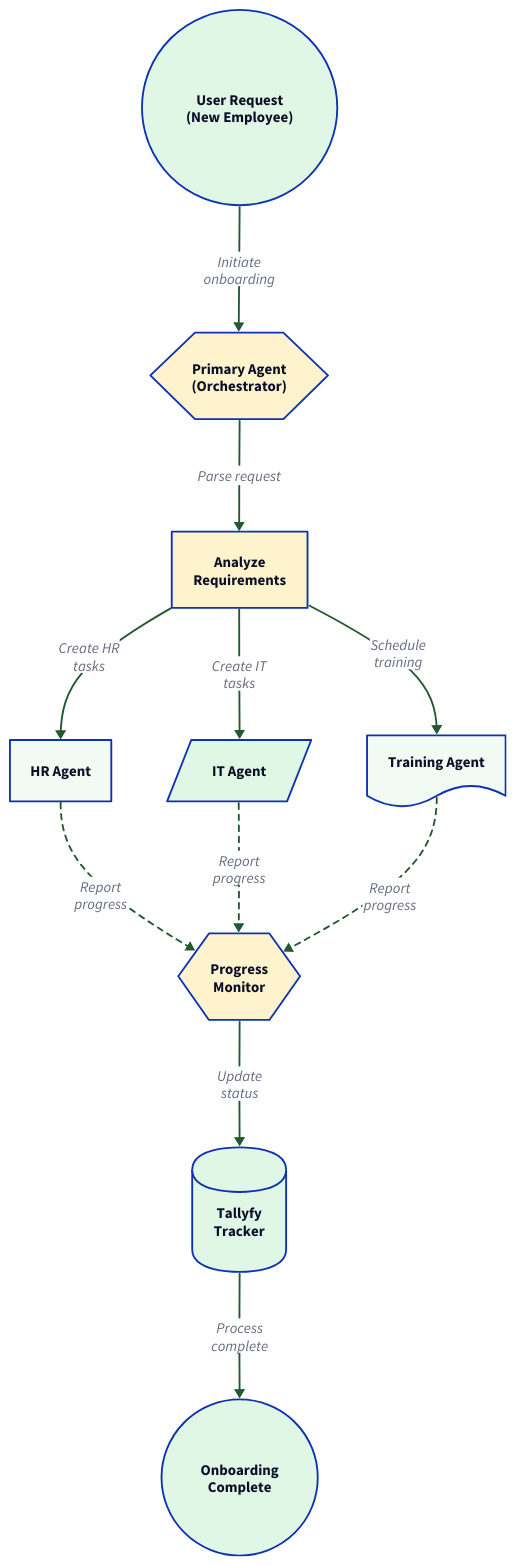
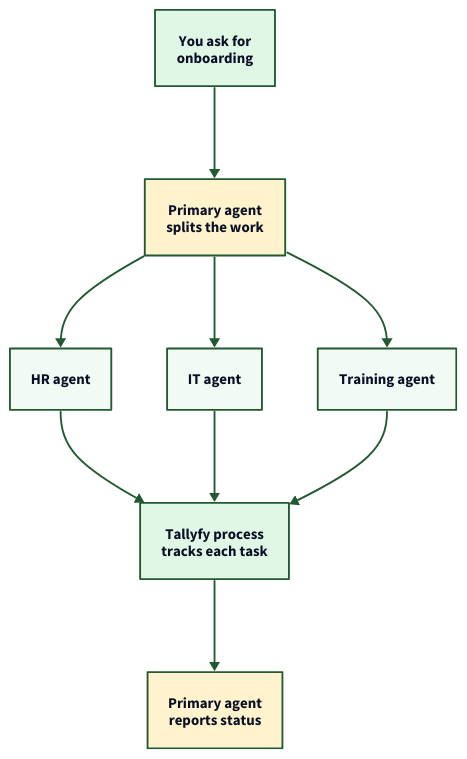
The diagram in src/content/docs/pro/integrations/mcp-server/microsoft-copilot-studio/index.mdx (tallyfy/documentation), drawn with D2 before and after one commit. The commit also changed 13 other files, not shown here.

First line of the commit message:
Redraw 16 diagrams on 14 pages so they read at full size

````diff
--- a/src/content/docs/pro/integrations/mcp-server/microsoft-copilot-studio/index.mdx
+++ b/src/content/docs/pro/integrations/mcp-server/microsoft-copilot-studio/index.mdx
@@ -162,92 +162,64 @@
 ```d2
+# Multi-agent onboarding coordinated through Tallyfy
 direction: down
 
-Start: "User Request\n(New Employee)" {
-  shape: circle
+Start: "You ask for\nonboarding" {
   style.fill: "#e1f7e6"
-}
-
-Primary: "Primary Agent\n(Orchestrator)" {
-  shape: hexagon
-  style.fill: "#fff3cd"
-}
-
-Analyze: "Analyze\nRequirements" {
-  shape: rectangle
-  style.fill: "#fff3cd"
-}
-
-HR: "HR Agent" {
-  shape: rectangle
-  style.fill: "#f2faf4"
-}
-
-IT: "IT Agent" {
-  shape: parallelogram
-  style.fill: "#e1f7e6"
-}
-
-Training: "Training Agent" {
-  shape: document
-  style.fill: "#f2faf4"
-}
-
-Monitor: "Progress\nMonitor" {
-  shape: hexagon
-  style.fill: "#fff3cd"
-}
-
-Tallyfy: "Tallyfy\nTracker" {
-  shape: cylinder
-  style.fill: "#e1f7e6"
-}
-
-End: "Onboarding\nComplete" {
-  shape: circle
-  style.fill: "#e1f7e6"
-}
-
-Start -> Primary: "Initiate\nonboarding" {
   style.stroke: "#225930"
 }
 
-Primary -> Analyze: "Parse request" {
+Primary: "Primary agent\nsplits the work" {
+  style.fill: "#fff3cd"
   style.stroke: "#225930"
 }
 
-Analyze -> HR: "Create HR\ntasks" {
+HR: "HR agent" {
+  style.fill: "#f2faf4"
   style.stroke: "#225930"
 }
 
-Analyze -> IT: "Create IT\ntasks" {
+IT: "IT agent" {
+  style.fill: "#f2faf4"
   style.stroke: "#225930"
 }
 
-Analyze -> Training: "Schedule\ntraining" {
+Training: "Training agent" {
+  style.fill: "#f2faf4"
   style.stroke: "#225930"
 }
 
-HR -> Monitor: "Report\nprogress" {
-  style.stroke: "#225930"
-  style.stroke-dash: 3
-}
-
-IT -> Monitor: "Report\nprogress" {
-  style.stroke: "#225930"
-  style.stroke-dash: 3
-}
-
-Training -> Monitor: "Report\nprogress" {
-  style.stroke: "#225930"
-  style.stroke-dash: 3
-}
-
-Monitor -> Tallyfy: "Update\nstatus" {
+Tallyfy: "Tallyfy process\ntracks each task" {
+  style.fill: "#e1f7e6"
   style.stroke: "#225930"
 }
 
-Tallyfy -> End: "Process\ncomplete" {
+End: "Primary agent\nreports status" {
+  style.fill: "#fff3cd"
   style.stroke: "#225930"
-  style.stroke-width: 2
+}
+
+Start -> Primary: {
+  style.stroke: "#225930"
+}
+Primary -> HR: {
+  style.stroke: "#225930"
+}
+Primary -> IT: {
+  style.stroke: "#225930"
+}
+Primary -> Training: {
+  style.stroke: "#225930"
+}
+HR -> Tallyfy: {
+  style.stroke: "#225930"
+}
+IT -> Tallyfy: {
+  style.stroke: "#225930"
+}
+Training -> Tallyfy: {
+  style.stroke: "#225930"
+}
+Tallyfy -> End: {
+  style.stroke: "#225930"
 }
 ```
````
